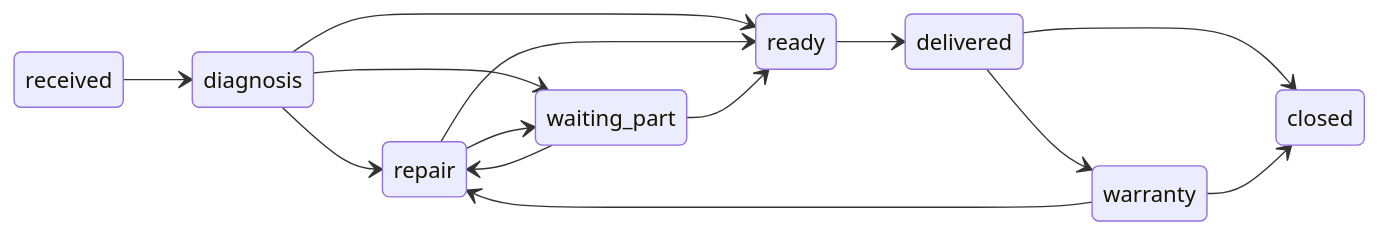
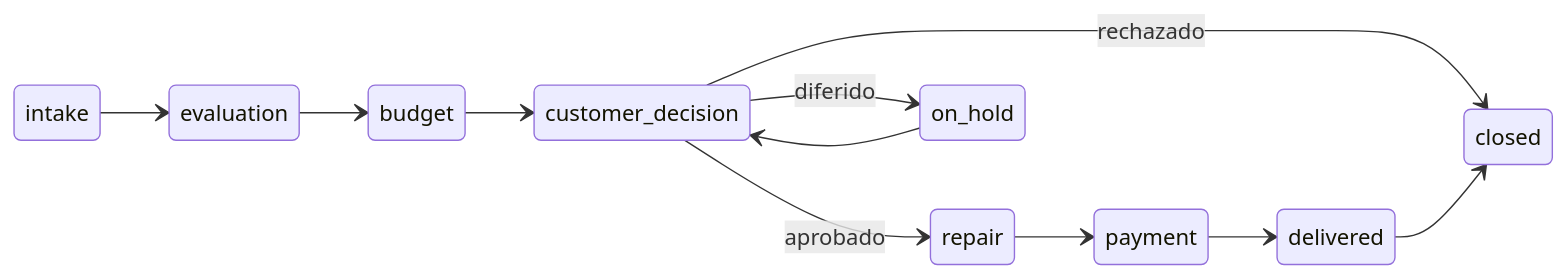
One commit to monocs16/DigitronApp changed the first of 3 diagrams in README.md. Above: the diagram before and after it, drawn with Mermaid. The commit also changed other lines of this file and 1 other file, not shown here.

````diff
--- a/README.md
+++ b/README.md
@@ -110,17 +86,14 @@
 ```mermaid
 stateDiagram-v2
   direction LR
-  received --> diagnosis
-  diagnosis --> repair
-  diagnosis --> waiting_part
-  diagnosis --> ready
-  repair --> waiting_part
-  repair --> ready
-  waiting_part --> repair
-  waiting_part --> ready
-  ready --> delivered
+  intake --> evaluation
+  evaluation --> budget
+  budget --> customer_decision
+  customer_decision --> repair: aprobado
+  customer_decision --> on_hold: diferido
+  customer_decision --> closed: rechazado
+  on_hold --> customer_decision
+  repair --> payment
+  payment --> delivered
   delivered --> closed
-  delivered --> warranty
-  warranty --> repair
-  warranty --> closed
 ```
````
